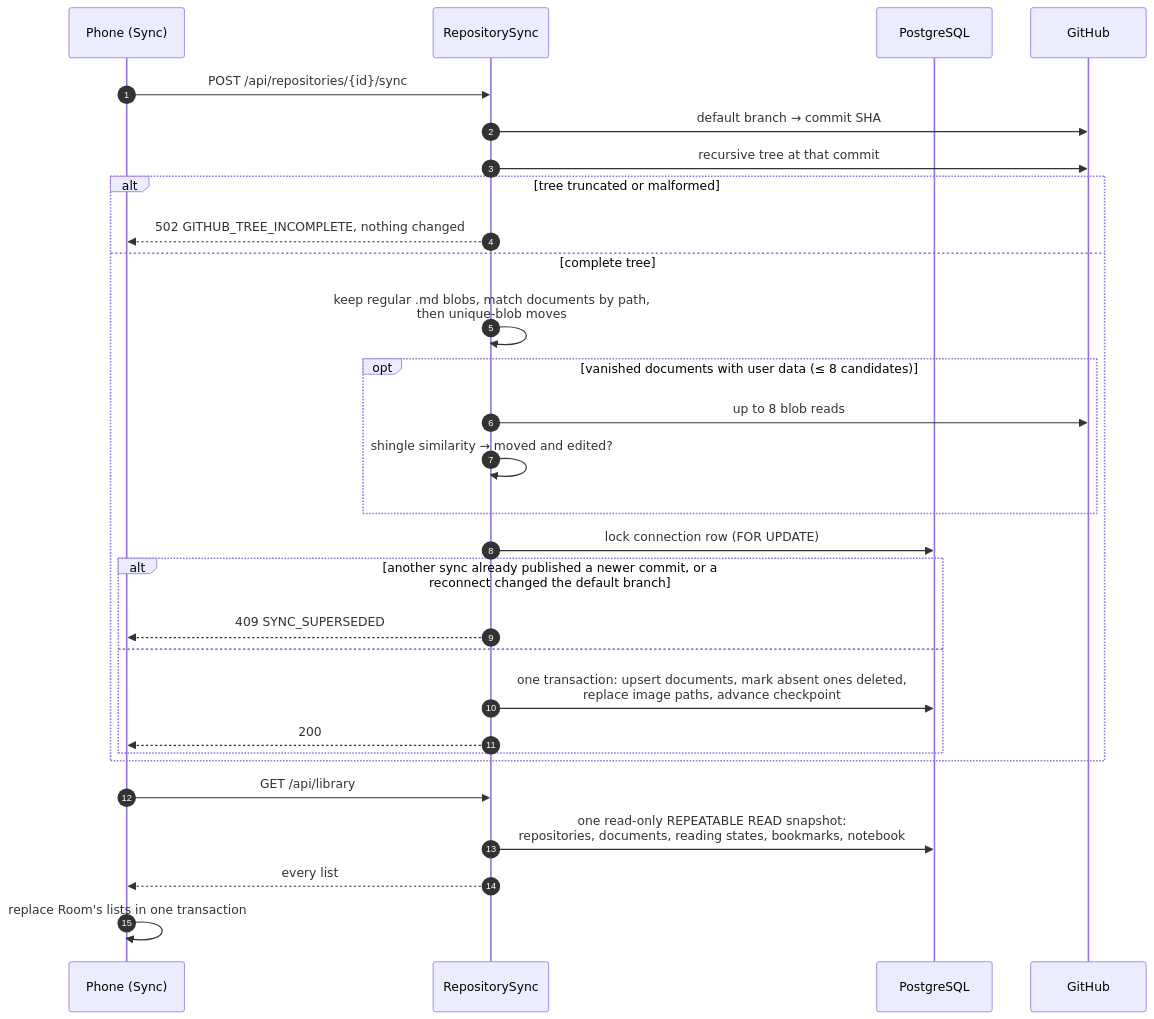
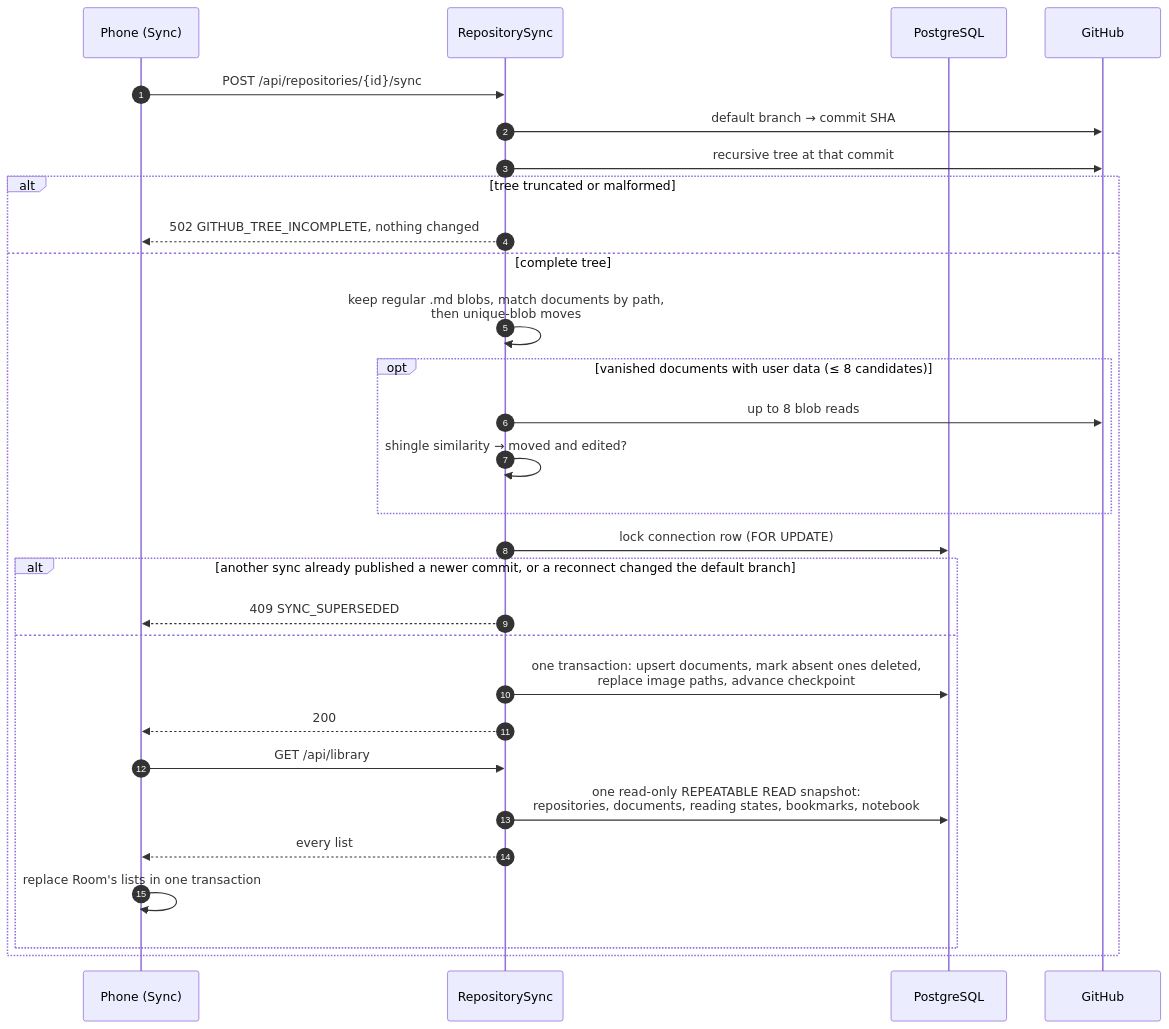
The seventh of 12 diagrams in docs/architecture.md (jaxwong/reporead), drawn with Mermaid before and after one commit. The commit also changed other lines of this file and 4 other files, not shown here.

````diff
--- a/docs/architecture.md
+++ b/docs/architecture.md
@@ -383,32 +385,32 @@
 ```mermaid
 sequenceDiagram
     autonumber
     participant App as Phone (Sync)
     participant API as RepositorySync
     participant DB as PostgreSQL
     participant GH as GitHub
 
     App->>API: POST /api/repositories/{id}/sync
     API->>GH: default branch → commit SHA
     API->>GH: recursive tree at that commit
     alt tree truncated or malformed
         API-->>App: 502 GITHUB_TREE_INCOMPLETE, nothing changed
     else complete tree
         API->>API: keep regular .md blobs, match documents by path,<br/>then unique-blob moves
         opt vanished documents with user data (≤ 8 candidates)
             API->>GH: up to 8 blob reads
             API->>API: shingle similarity → moved and edited?
         end
         API->>DB: lock connection row (FOR UPDATE)
         alt another sync already published a newer commit, or a reconnect changed the default branch
             API-->>App: 409 SYNC_SUPERSEDED
         else
             API->>DB: one transaction: upsert documents, mark absent ones deleted,<br/>replace image paths, advance checkpoint
             API-->>App: 200
+            App->>API: GET /api/library
+            API->>DB: one read-only REPEATABLE READ snapshot:<br/>repositories, documents, reading states, bookmarks, notebook
+            API-->>App: every list
+            App->>App: replace Room's lists in one transaction
         end
     end
-    App->>API: GET /api/library
-    API->>DB: one read-only REPEATABLE READ snapshot:<br/>repositories, documents, reading states, bookmarks, notebook
-    API-->>App: every list
-    App->>App: replace Room's lists in one transaction
 ```
````
